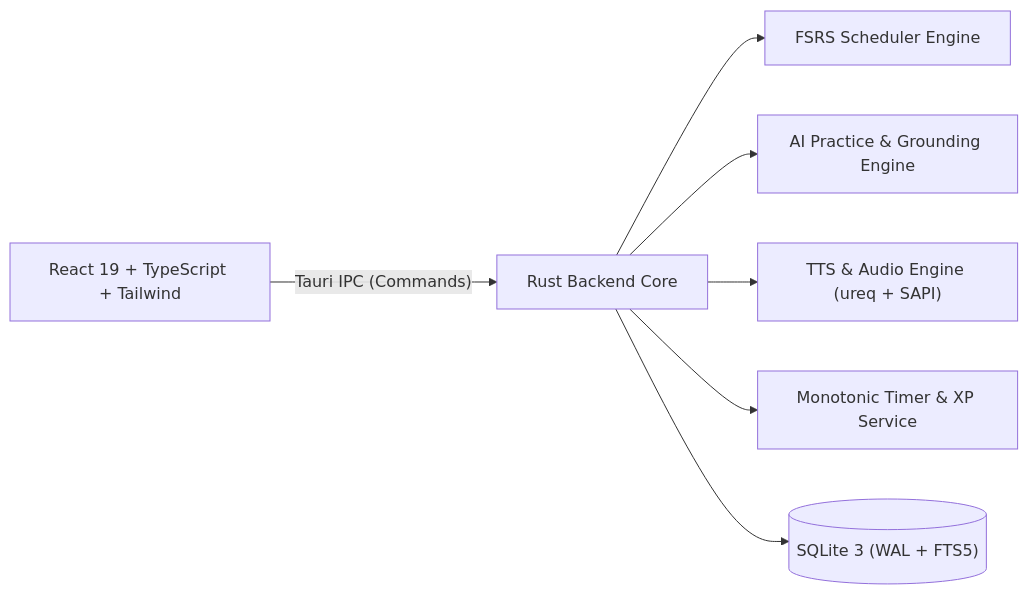
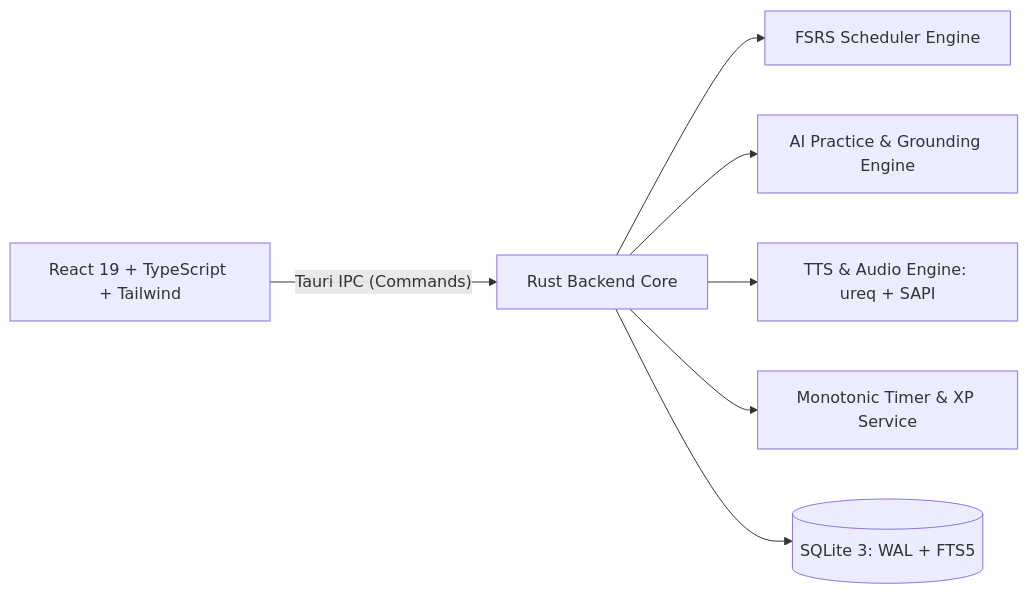
Before and after one commit to Omar-b381/Lisan-Intelligent-Personal-Learning-OS: the third of 3 diagrams in README.md, drawn with Mermaid. The commit also changed other lines of this file, not shown here.

Commit message:
docs: fix Mermaid syntax and nested parentheses in architecture diagrams

````diff
--- a/README.md
+++ b/README.md
@@ -237,9 +237,9 @@
 ```mermaid
 graph LR
     UI["React 19 + TypeScript + Tailwind"] -- "Tauri IPC (Commands)" --> Rust["Rust Backend Core"]
     Rust --> FSRS["FSRS Scheduler Engine"]
     Rust --> AI["AI Practice & Grounding Engine"]
-    Rust --> TTS["TTS & Audio Engine (ureq + SAPI)"]
+    Rust --> TTS["TTS & Audio Engine: ureq + SAPI"]
     Rust --> Pomo["Monotonic Timer & XP Service"]
-    Rust --> SQLite[("SQLite 3 (WAL + FTS5)")]
+    Rust --> SQLite[("SQLite 3: WAL + FTS5")]
 ```
````
